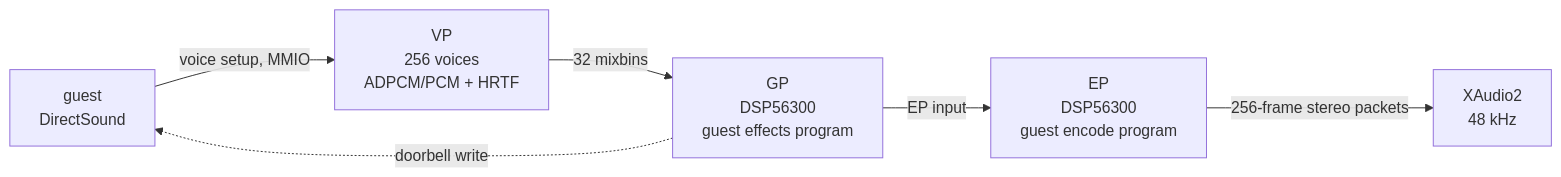
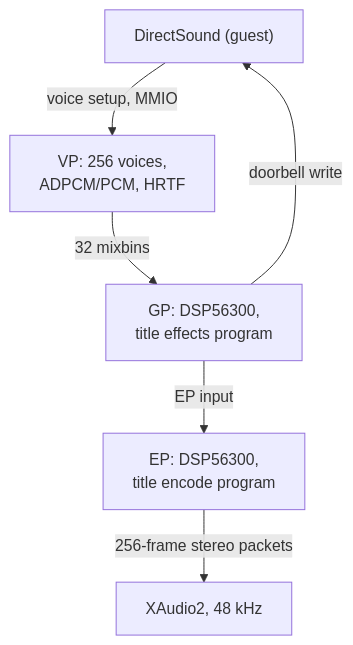
The diagram in README.md (Modded-Software/xboxrecomp), drawn with Mermaid before and after one commit. The commit also changed other lines of this file and 1 other file, not shown here.

````diff
--- a/README.md
+++ b/README.md
@@ -74,8 +56,8 @@
 ```mermaid
-flowchart LR
-    ds["guest<br/>DirectSound"] -->|"voice setup, MMIO"| vp["VP<br/>256 voices<br/>ADPCM/PCM + HRTF"]
-    vp -->|"32 mixbins"| gp["GP<br/>DSP56300<br/>guest effects program"]
-    gp -->|"EP input"| ep["EP<br/>DSP56300<br/>guest encode program"]
-    ep -->|"256-frame stereo packets"| xa2["XAudio2<br/>48 kHz"]
-    gp -. "doorbell write" .-> ds
+flowchart TB
+    ds["DirectSound (guest)"] -->|voice setup, MMIO| vp["VP: 256 voices,<br/>ADPCM/PCM, HRTF"]
+    vp -->|32 mixbins| gp["GP: DSP56300,<br/>title effects program"]
+    gp -->|EP input| ep["EP: DSP56300,<br/>title encode program"]
+    ep -->|256-frame stereo packets| xa2["XAudio2, 48 kHz"]
+    gp -->|doorbell write| ds
 ```
````
